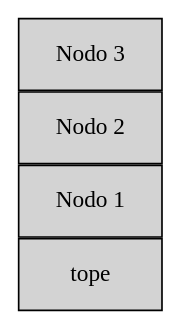
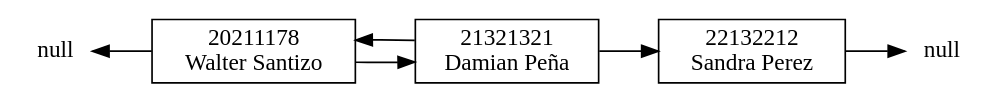
The diagram in EDD_Proyecto1_Fase1/ejemplo.dot (walterjav19/EDD_1S2023_PY_202111718), drawn with Graphviz before and after one commit. The commit also changed 9 other files, not shown here.

```diff
--- a/EDD_Proyecto1_Fase1/ejemplo.dot
+++ b/EDD_Proyecto1_Fase1/ejemplo.dot
@@ -1,17 +1,16 @@
-digraph Pila {
-    node [shape=box, width=1.2, height=0.6, style=filled, fillcolor=lightgray];
-    rankdir=LR;
-    nodesep=0;
+digraph LinkedList {
+rankdir=LR;
+node [shape=record];
+nullI [shape=none, label="null", style=bold, height=0, width=0];
+nullF [shape=none, label="null", style=bold, height=0, width=0];
 
-    // Nodos de la pila
-    Tope  [label="tope"]
-    nodo1 [label="Nodo 1"];
-    nodo2 [label="Nodo 2"];
-    nodo3 [label="Nodo 3"];
+a[label="20211178\nWalter Santizo"]
+a->b
+b[label="21321321\nDamian Peña"]
+b->a
+b->c
+c[label="22132212\nSandra Perez"]
+c->nullF
 
-    // Agregar la relación rank=same entre el nodo Tope y el primer nodo de la pila
-    {rank=same; Tope; nodo1;}
-
-    // Agregar las relaciones de enlace entre los nodos de la pila
-
+nullI->a [dir=back]
 }
```
